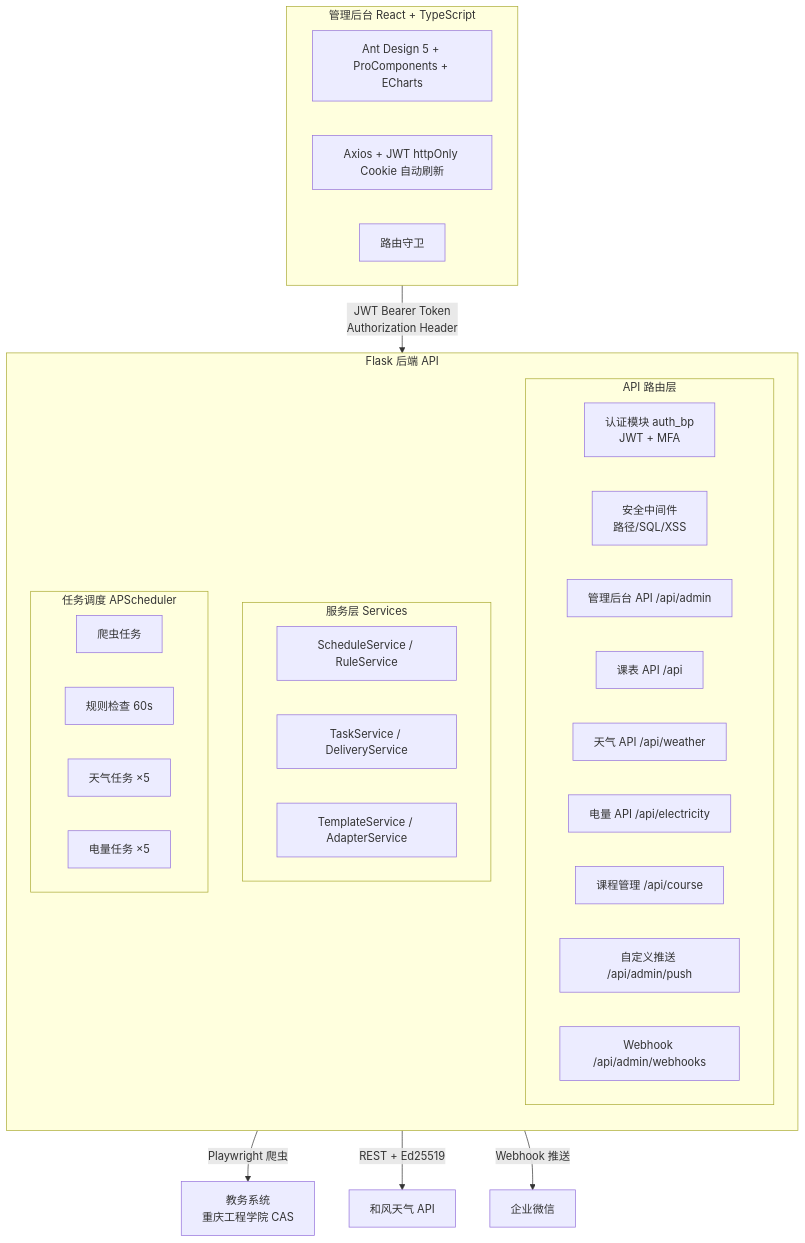
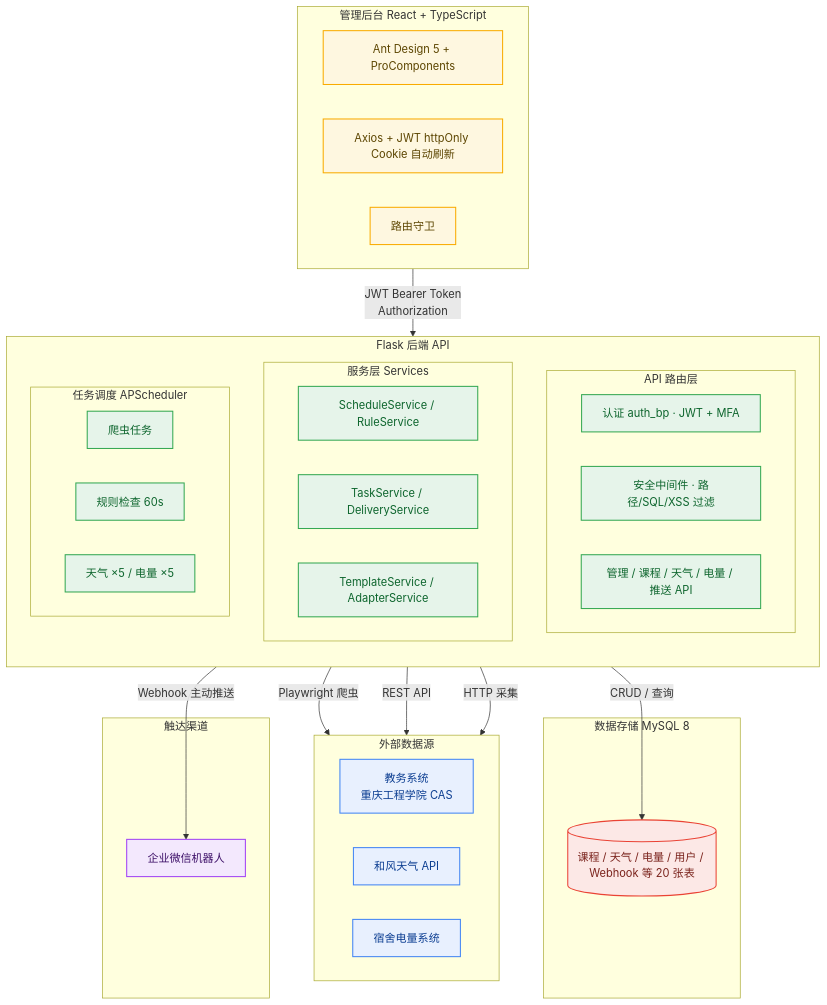
One commit to CherryPainter/campus-info-system changed the first of 8 diagrams in Push_System_Flask/README.md. Above: the diagram before and after it, drawn with Mermaid.

Commit message:
docs: 重画后端 README 系统架构图
原图所有节点灰白无配色且缺失 MySQL 存储节点。重画为带分组配色（外部数据源/后端/存储/前端/触达五类 classDef）、补全数据存储 subgraph 的版本：外部数据源、Flask 后端三层（API/服务/调度）、MySQL 存储、React 管理后台、企业微信触达，箭头标注交互方式。

````diff
--- a/Push_System_Flask/README.md
+++ b/Push_System_Flask/README.md
@@ -90,43 +90,63 @@
 ```mermaid
 flowchart TB
-    subgraph FE[管理后台 React + TypeScript]
+    %% ===== 配色：外部数据源 / 后端 / 存储 / 前端 / 触达 =====
+    classDef cExt fill:#E8F0FE,stroke:#4285F4,stroke-width:1.5px,color:#0B3D91;
+    classDef cBE  fill:#E6F4EA,stroke:#34A853,stroke-width:1.5px,color:#0D652D;
+    classDef cDB  fill:#FCE8E6,stroke:#EA4335,stroke-width:1.5px,color:#7A231C;
+    classDef cFE  fill:#FEF7E0,stroke:#F9AB00,stroke-width:1.5px,color:#5C4500;
+    classDef cOUT fill:#F3E8FD,stroke:#A142F4,stroke-width:1.5px,color:#3D1068;
+
+    subgraph EXT[外部数据源]
         direction LR
-        FE1[Ant Design 5 + ProComponents + ECharts]
-        FE2[Axios + JWT httpOnly Cookie 自动刷新]
-        FE3[路由守卫]
+        JW[教务系统<br/>重庆工程学院 CAS]
+        WX[和风天气 API]
+        DZ[宿舍电量系统]
     end
-
-    FE -->|JWT Bearer Token<br/>Authorization Header| BE
 
     subgraph BE[Flask 后端 API]
         direction TB
         subgraph API[API 路由层]
-            A1[认证模块 auth_bp<br/>JWT + MFA]
-            A2[安全中间件<br/>路径/SQL/XSS]
-            A3[管理后台 API /api/admin]
-            A4[课表 API /api]
-            A5[天气 API /api/weather]
-            A6[电量 API /api/electricity]
-            A7[课程管理 /api/course]
-            A8[自定义推送 /api/admin/push]
-            A9[Webhook /api/admin/webhooks]
+            A1[认证 auth_bp · JWT + MFA]
+            A2[安全中间件 · 路径/SQL/XSS 过滤]
+            A3[管理 / 课程 / 天气 / 电量 / 推送 API]
         end
         subgraph SVC[服务层 Services]
             S1[ScheduleService / RuleService]
             S2[TaskService / DeliveryService]
             S3[TemplateService / AdapterService]
         end
         subgraph SCH[任务调度 APScheduler]
             T1[爬虫任务]
             T2[规则检查 60s]
-            T3[天气任务 ×5]
-            T4[电量任务 ×5]
+            T3[天气 ×5 / 电量 ×5]
         end
     end
 
-    BE -->|Playwright 爬虫| JW[教务系统<br/>重庆工程学院 CAS]
-    BE -->|REST + Ed25519| WX[和风天气 API]
-    BE -->|Webhook 推送| WECOM[企业微信]
+    subgraph STORE[数据存储 MySQL 8]
+        DB[(课程 / 天气 / 电量 / 用户 / Webhook 等 20 张表)]
+    end
 
+    subgraph FE[管理后台 React + TypeScript]
+        direction LR
+        F1[Ant Design 5 + ProComponents]
+        F2[Axios + JWT httpOnly Cookie 自动刷新]
+        F3[路由守卫]
+    end
 
+    subgraph OUT[触达渠道]
+        WECOM[企业微信机器人]
+    end
+
+    FE -->|JWT Bearer Token<br/>Authorization| BE
+    BE -->|Playwright 爬虫| JW
+    BE -->|REST API| WX
+    BE -->|HTTP 采集| DZ
+    BE -->|CRUD / 查询| DB
+    BE -->|Webhook 主动推送| WECOM
+
+    class JW,WX,DZ cExt;
+    class A1,A2,A3,S1,S2,S3,T1,T2,T3 cBE;
+    class DB cDB;
+    class F1,F2,F3 cFE;
+    class WECOM cOUT;
 ```
````
